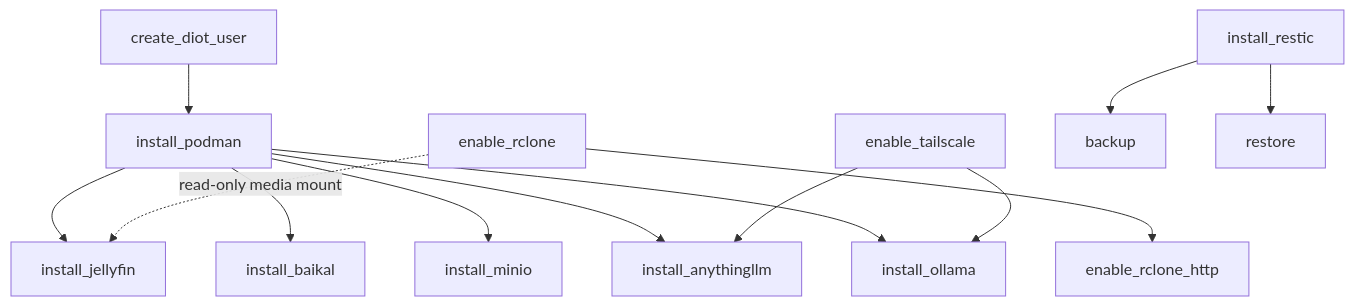
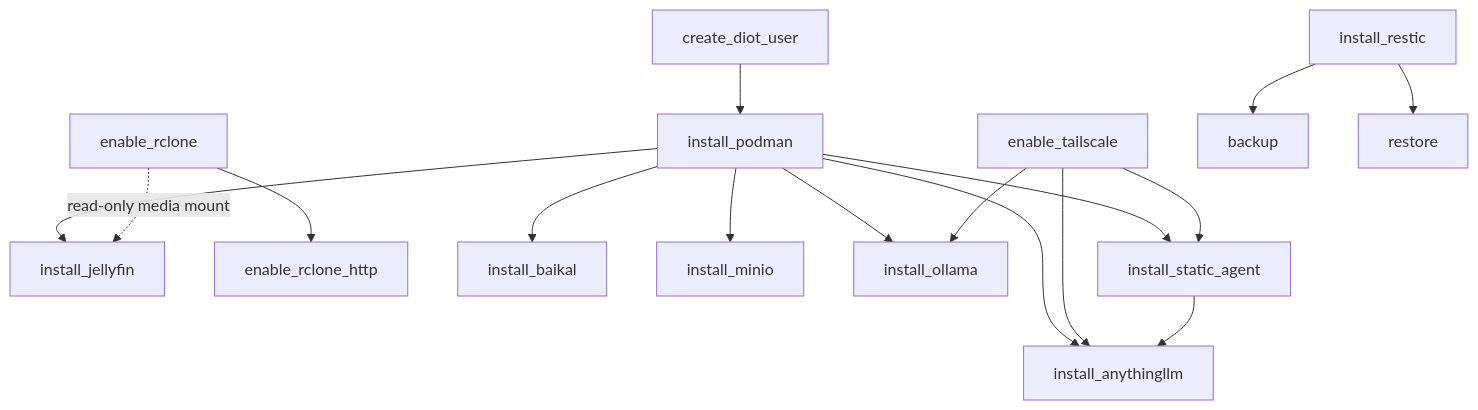
Before and after one commit to BinaryBand/strata: the diagram in README.md, drawn with Mermaid. The commit also changed other lines of this file and 17 other files, not shown here.

````diff
--- a/README.md
+++ b/README.md
@@ -96,15 +96,18 @@
 ```mermaid
 flowchart TD
     diot[create_diot_user] --> podman[install_podman]
     podman --> jellyfin[install_jellyfin]
     rclone[enable_rclone] -. read-only media mount .-> jellyfin
     rclone --> rclone_http[enable_rclone_http]
     podman --> baikal[install_baikal]
     podman --> minio[install_minio]
     podman --> anythingllm[install_anythingllm]
     tailscale[enable_tailscale] --> anythingllm
     podman --> ollama[install_ollama]
     tailscale --> ollama
+    podman --> static_agent[install_static_agent]
+    tailscale --> static_agent
+    static_agent --> anythingllm
     restic[install_restic] --> backup[backup]
     restic --> restore[restore]
 ```
````
